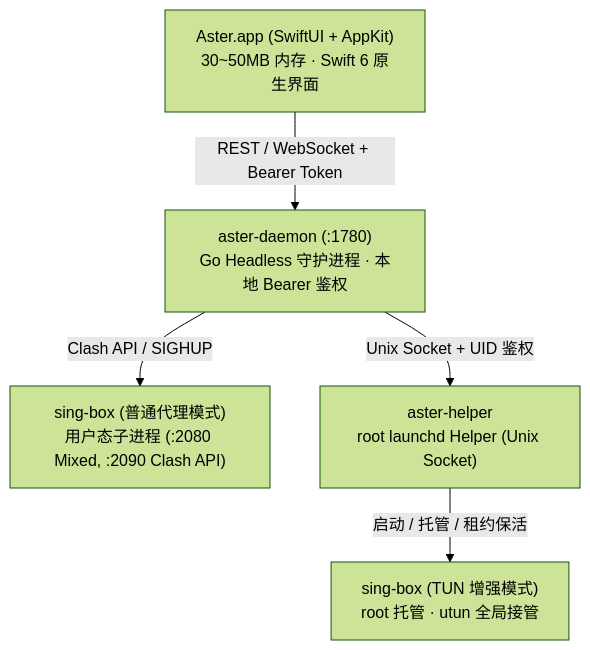
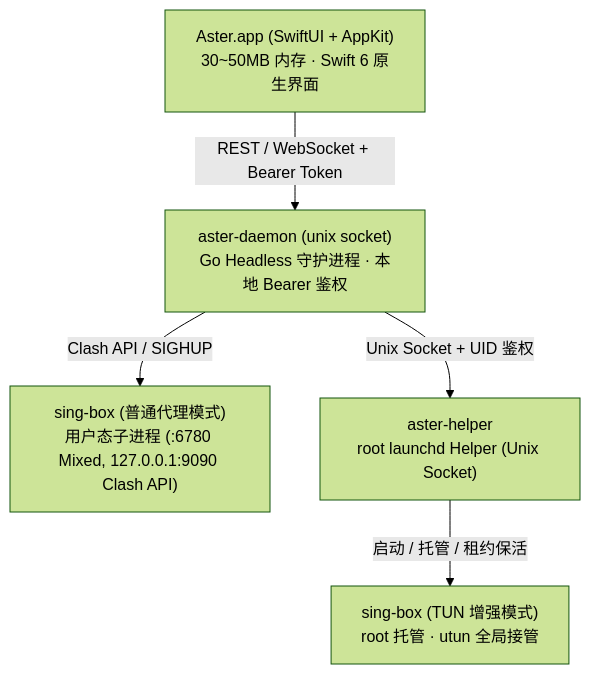
The diagram in README.md (velctmo/Aster), drawn with Mermaid (forest theme) before and after one commit. The commit also changed other lines of this file and 33 other files, not shown here.

First line of the commit message:
feat: unix control socket, independent capture, drop unused APIs

````diff
--- a/README.md
+++ b/README.md
@@ -63,13 +62,13 @@
 ```mermaid
 graph TD
     UI["Aster.app (SwiftUI + AppKit)<br/>30~50MB 内存 · Swift 6 原生界面"]
-    DAEMON["aster-daemon (:1780)<br/>Go Headless 守护进程 · 本地 Bearer 鉴权"]
-    CORE["sing-box (普通代理模式)<br/>用户态子进程 (:2080 Mixed, :2090 Clash API)"]
+    DAEMON["aster-daemon (unix socket)<br/>Go Headless 守护进程 · 本地 Bearer 鉴权"]
+    CORE["sing-box (普通代理模式)<br/>用户态子进程 (:6780 Mixed, 127.0.0.1:9090 Clash API)"]
     HELPER["aster-helper<br/>root launchd Helper (Unix Socket)"]
     TUN_CORE["sing-box (TUN 增强模式)<br/>root 托管 · utun 全局接管"]
 
     UI -->|REST / WebSocket + Bearer Token| DAEMON
     DAEMON -->|Clash API / SIGHUP| CORE
     DAEMON -->|Unix Socket + UID 鉴权| HELPER
     HELPER -->|启动 / 托管 / 租约保活| TUN_CORE
 ```
````
